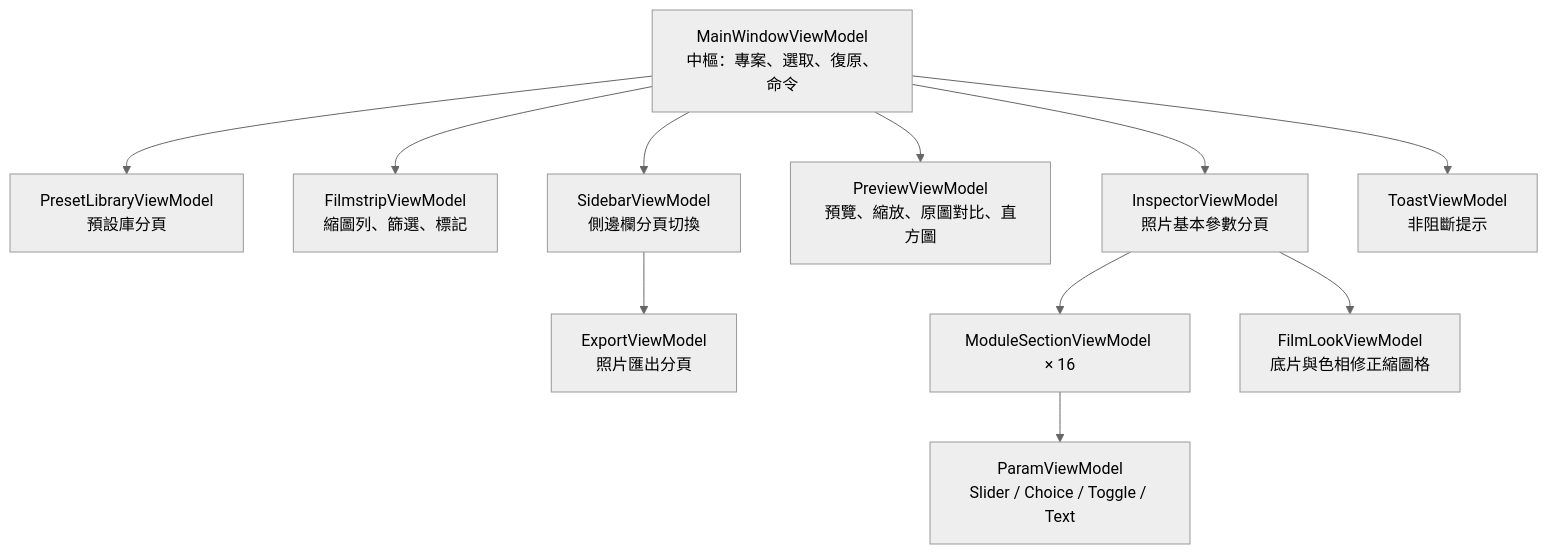
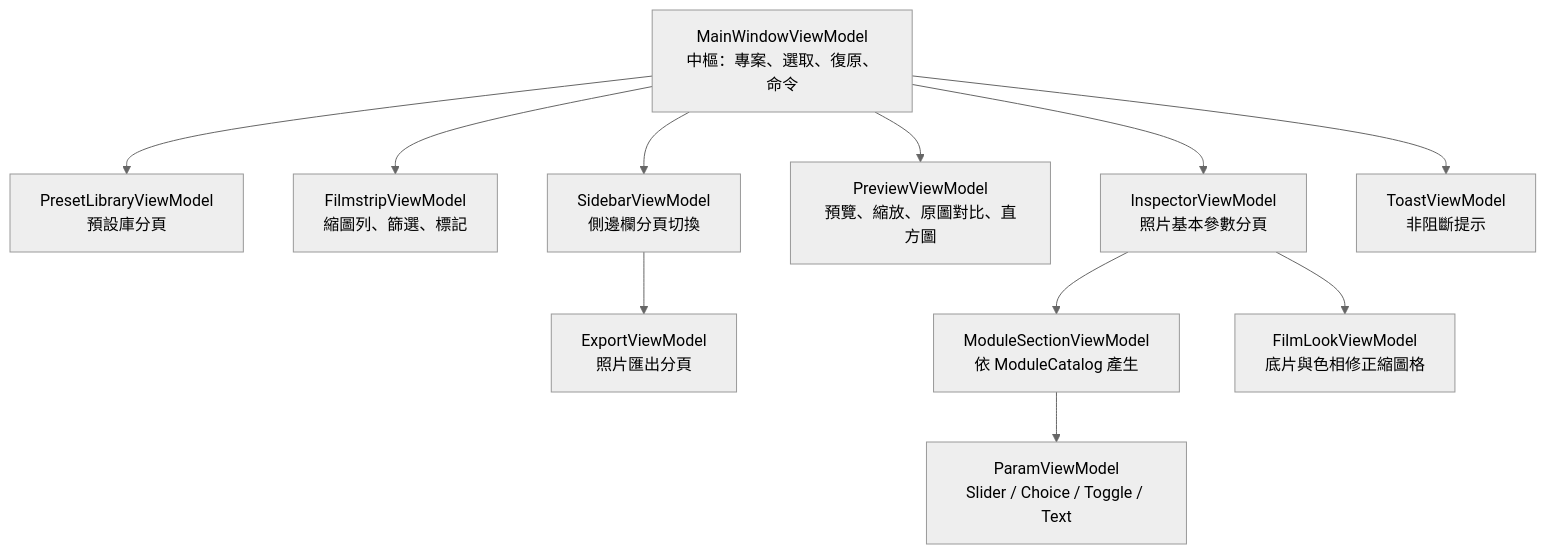
One commit to minexo79/FilmBatch changed the fifth of 5 diagrams in docs/architecture.md. Above: the diagram before and after it, drawn with Mermaid (neutral theme). The commit also changed other lines of this file and 9 other files, not shown here.

````diff
--- a/docs/architecture.md
+++ b/docs/architecture.md
@@ -379,14 +392,14 @@
 ```mermaid
 flowchart TB
     MW["MainWindowViewModel<br/>中樞：專案、選取、復原、命令"]
     MW --> PL["PresetLibraryViewModel<br/>預設庫分頁"]
     MW --> FS["FilmstripViewModel<br/>縮圖列、篩選、標記"]
     MW --> IN["InspectorViewModel<br/>照片基本參數分頁"]
     MW --> PV["PreviewViewModel<br/>預覽、縮放、原圖對比、直方圖"]
     MW --> SB["SidebarViewModel<br/>側邊欄分頁切換"]
     MW --> TO["ToastViewModel<br/>非阻斷提示"]
     SB --> EX["ExportViewModel<br/>照片匯出分頁"]
-    IN --> MS["ModuleSectionViewModel × 16"]
+    IN --> MS["ModuleSectionViewModel<br/>依 ModuleCatalog 產生"]
     MS --> PA["ParamViewModel<br/>Slider / Choice / Toggle / Text"]
     IN --> FL["FilmLookViewModel<br/>底片與色相修正縮圖格"]
 ```
````
